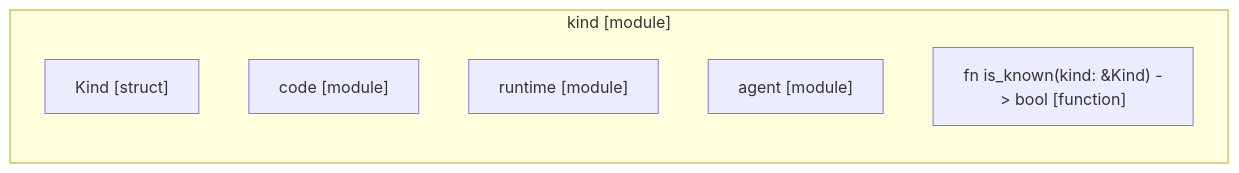
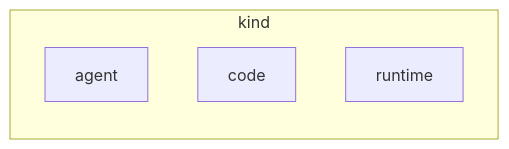
One commit to RyanGuild/self-describing-code changed the second of 2 diagrams in docs/self-model/robby_ir/kind/index.md. Above: the diagram before and after it, drawn with Mermaid. The commit also changed other lines of this file and 1404 other files, not shown here.

````diff
--- a/docs/self-model/robby_ir/kind/index.md
+++ b/docs/self-model/robby_ir/kind/index.md
@@ -12,11 +33,9 @@
 ```mermaid
-flowchart TD
-    subgraph n_611ba0cee1ac191f["kind [module]"]
+flowchart TB
+    subgraph n_611ba0cee1ac191f["kind"]
         direction TB
-        n_fe6937d98a003fd5["Kind [struct]"]
-        n_78c8f62748bb21ee["code [module]"]
-        n_9bd6a0786f266df1["runtime [module]"]
-        n_ec6c960723ad9504["agent [module]"]
-        n_e5fa024fa4386033["fn is_known(kind: &Kind) -> bool [function]"]
+        n_ec6c960723ad9504["agent"]
+        n_78c8f62748bb21ee["code"]
+        n_9bd6a0786f266df1["runtime"]
     end
 ```
````
